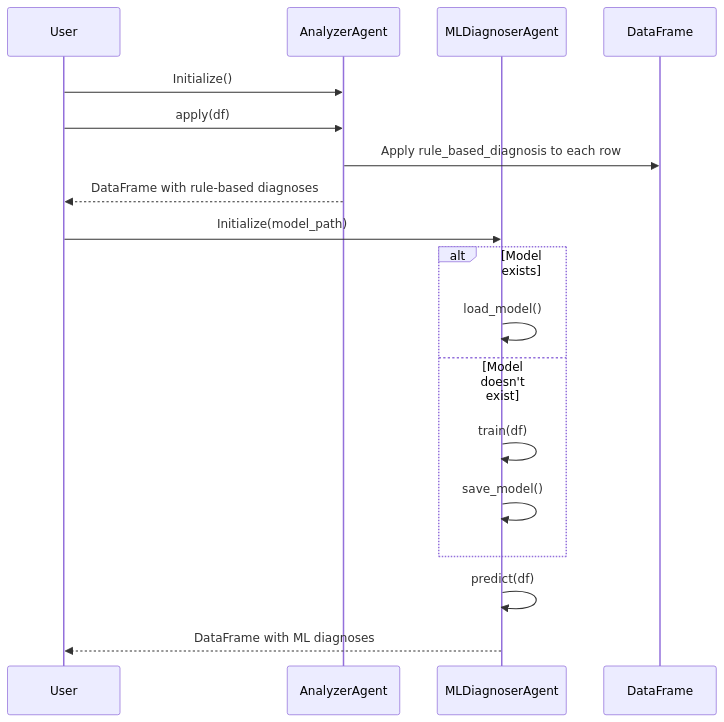
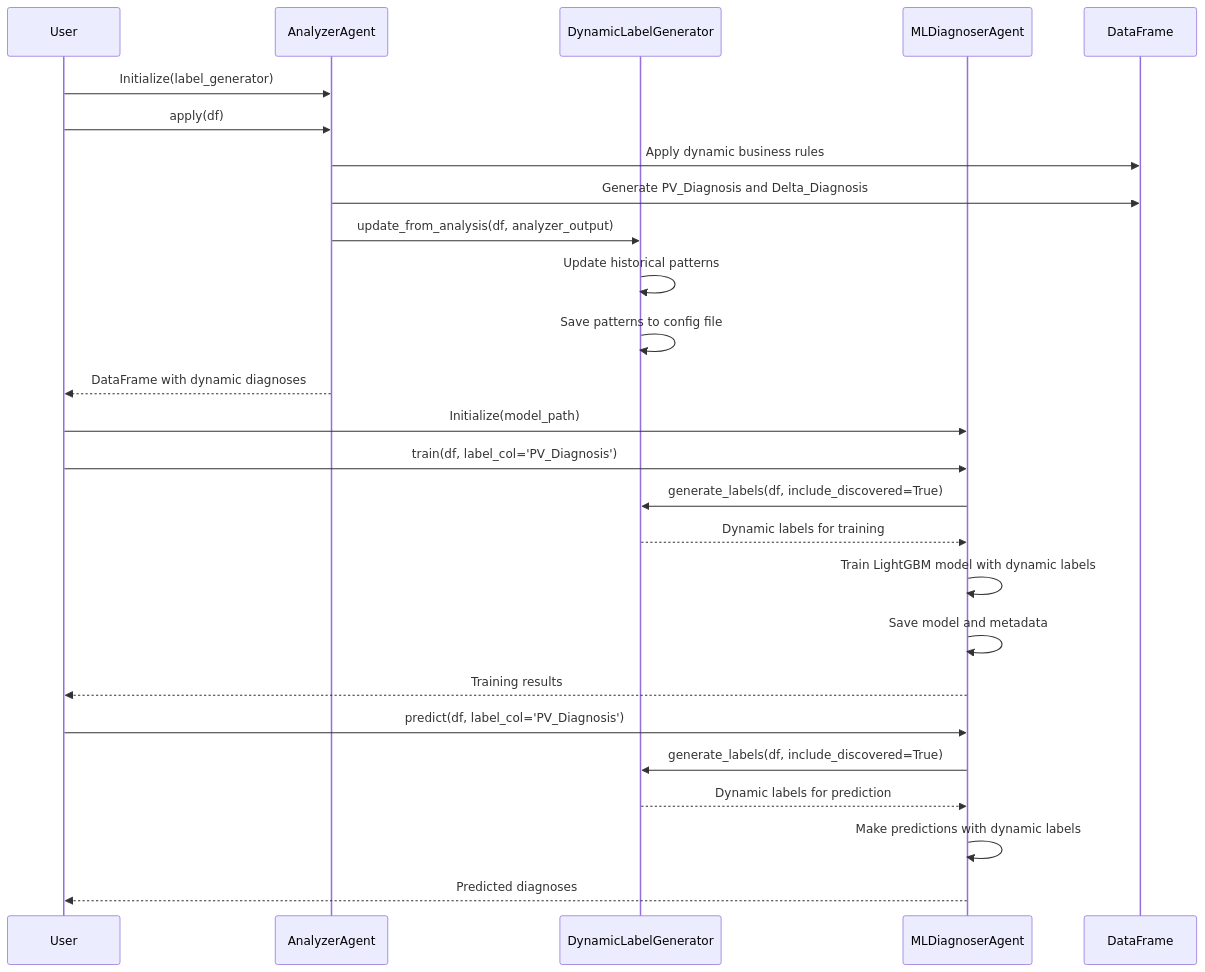
The seventh of 30 diagrams in docs/DIAGRAMS.md (ksmadhavareddy/recon-ai), drawn with Mermaid before and after one commit. The commit also changed other lines of this file and 14 other files, not shown here.

````diff
--- a/docs/DIAGRAMS.md
+++ b/docs/DIAGRAMS.md
@@ -108,22 +214,31 @@
 ```mermaid
 sequenceDiagram
     participant U as User
     participant AA as AnalyzerAgent
+    participant DLG as DynamicLabelGenerator
     participant MLA as MLDiagnoserAgent
     participant DF as DataFrame
     
-    U->>AA: Initialize()
+    U->>AA: Initialize(label_generator)
     U->>AA: apply(df)
-    AA->>DF: Apply rule_based_diagnosis to each row
-    AA-->>U: DataFrame with rule-based diagnoses
+    AA->>DF: Apply dynamic business rules
+    AA->>DF: Generate PV_Diagnosis and Delta_Diagnosis
+    AA->>DLG: update_from_analysis(df, analyzer_output)
+    DLG->>DLG: Update historical patterns
+    DLG->>DLG: Save patterns to config file
+    AA-->>U: DataFrame with dynamic diagnoses
     
     U->>MLA: Initialize(model_path)
-    alt Model exists
-        MLA->>MLA: load_model()
-    else Model doesn't exist
-        MLA->>MLA: train(df)
-        MLA->>MLA: save_model()
-    end
-    MLA->>MLA: predict(df)
-    MLA-->>U: DataFrame with ML diagnoses
+    U->>MLA: train(df, label_col='PV_Diagnosis')
+    MLA->>DLG: generate_labels(df, include_discovered=True)
+    DLG-->>MLA: Dynamic labels for training
+    MLA->>MLA: Train LightGBM model with dynamic labels
+    MLA->>MLA: Save model and metadata
+    MLA-->>U: Training results
+    
+    U->>MLA: predict(df, label_col='PV_Diagnosis')
+    MLA->>DLG: generate_labels(df, include_discovered=True)
+    DLG-->>MLA: Dynamic labels for prediction
+    MLA->>MLA: Make predictions with dynamic labels
+    MLA-->>U: Predicted diagnoses
 ```
````
